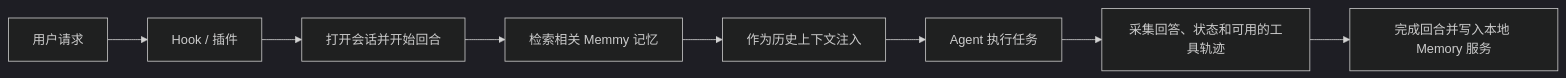
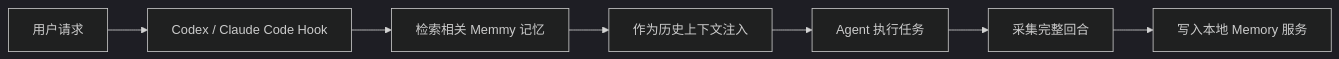
The diagram in docs/cn/memory/sources.mdx (zhaomo08/memmy-agent), drawn with Mermaid (dark theme) before and after one commit. The commit also changed other lines of this file and 240 other files, not shown here.

Commit message:
Limit memory integrations to Codex and Claude Code

````diff
--- a/docs/cn/memory/sources.mdx
+++ b/docs/cn/memory/sources.mdx
@@ -96,10 +29,9 @@
 ```mermaid
 flowchart LR
-  Request["用户请求"] --> Entry["Hook / 插件"]
-  Entry --> Start["打开会话并开始回合"]
-  Start --> Recall["检索相关 Memmy 记忆"]
+  Request["用户请求"] --> Hook["Codex / Claude Code Hook"]
+  Hook --> Recall["检索相关 Memmy 记忆"]
   Recall --> Context["作为历史上下文注入"]
   Context --> Agent["Agent 执行任务"]
-  Agent --> Complete["采集回答、状态和可用的工具轨迹"]
-  Complete --> Memory["完成回合并写入本地 Memory 服务"]
+  Agent --> Complete["采集完整回合"]
+  Complete --> Memory["写入本地 Memory 服务"]
 ```
````
